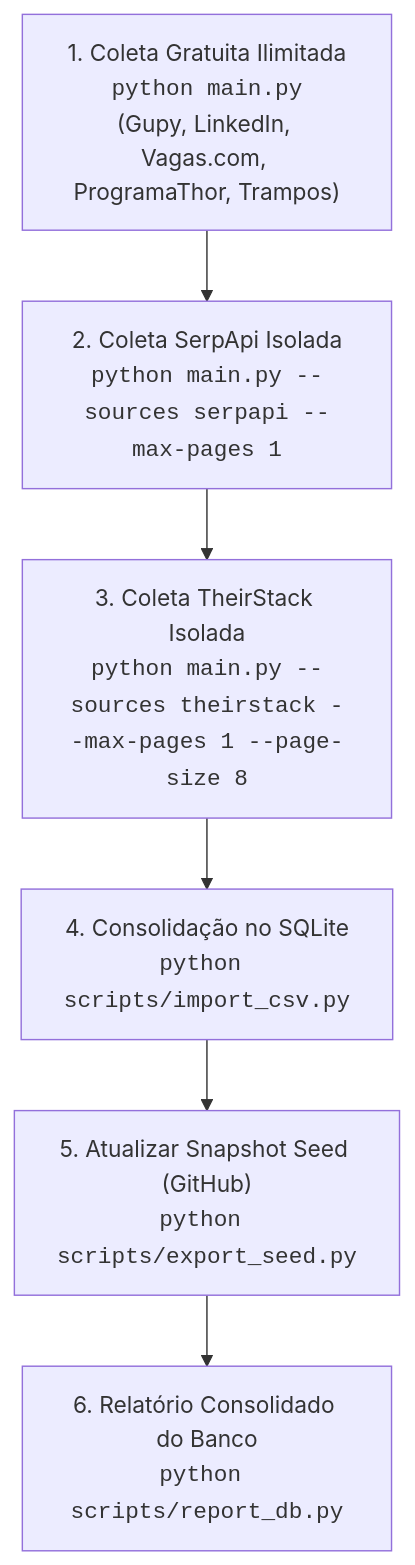
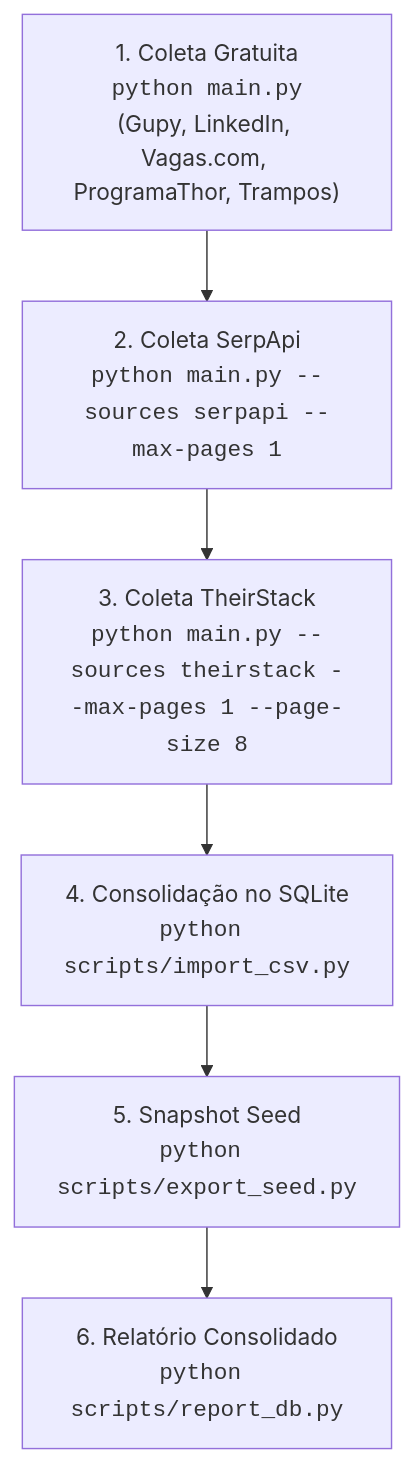
Before and after one commit to diasgarcia/tech-skills-br: the diagram in docs/manual_de_uso.md, drawn with Mermaid. The commit also changed other lines of this file and 2 other files, not shown here.

````diff
--- a/docs/manual_de_uso.md
+++ b/docs/manual_de_uso.md
@@ -11,8 +9,8 @@
 ```mermaid
 flowchart TD
-    A["1. Coleta Gratuita Ilimitada<br><code>python main.py</code><br>(Gupy, LinkedIn, Vagas.com, ProgramaThor, Trampos)"] --> B["2. Coleta SerpApi Isolada<br><code>python main.py --sources serpapi --max-pages 1</code>"]
-    B --> C["3. Coleta TheirStack Isolada<br><code>python main.py --sources theirstack --max-pages 1 --page-size 8</code>"]
+    A["1. Coleta Gratuita<br><code>python main.py</code><br>(Gupy, LinkedIn, Vagas.com, ProgramaThor, Trampos)"] --> B["2. Coleta SerpApi<br><code>python main.py --sources serpapi --max-pages 1</code>"]
+    B --> C["3. Coleta TheirStack<br><code>python main.py --sources theirstack --max-pages 1 --page-size 8</code>"]
     C --> D["4. Consolidação no SQLite<br><code>python scripts/import_csv.py</code>"]
-    D --> E["5. Atualizar Snapshot Seed (GitHub)<br><code>python scripts/export_seed.py</code>"]
-    E --> F["6. Relatório Consolidado do Banco<br><code>python scripts/report_db.py</code>"]
+    D --> E["5. Snapshot Seed<br><code>python scripts/export_seed.py</code>"]
+    E --> F["6. Relatório Consolidado<br><code>python scripts/report_db.py</code>"]
 ```
````
